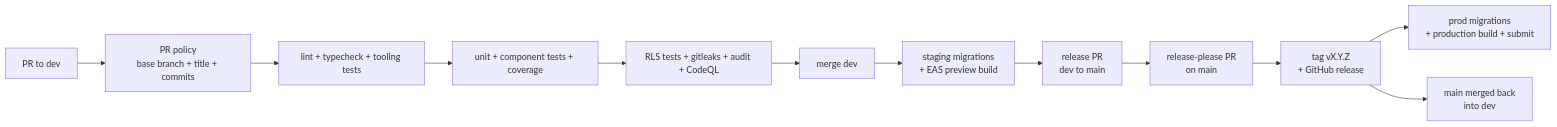
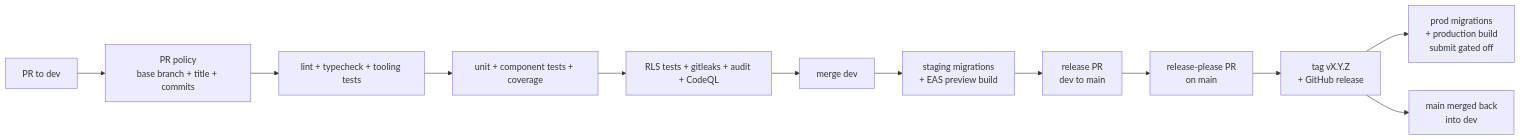
The second of 2 diagrams in docs/ARCHITECTURE.md (Nidroz/Tsuzuki), drawn with Mermaid before and after one commit. The commit also changed other lines of this file and 4 other files, not shown here.

````diff
--- a/docs/ARCHITECTURE.md
+++ b/docs/ARCHITECTURE.md
@@ -461,14 +481,14 @@
 ```mermaid
 flowchart LR
     PR[PR to dev] --> P[PR policy<br/>base branch + title + commits]
     P --> Q[lint + typecheck + tooling tests]
     Q --> T[unit + component tests + coverage]
     T --> S[RLS tests + gitleaks + audit + CodeQL]
     S --> D[merge dev]
     D --> ST[staging migrations<br/>+ EAS preview build]
     ST --> R[release PR<br/>dev to main]
     R --> RP[release-please PR<br/>on main]
     RP --> TAG[tag vX.Y.Z<br/>+ GitHub release]
-    TAG --> PROD[prod migrations<br/>+ production build + submit]
+    TAG --> PROD[prod migrations<br/>+ production build<br/>submit gated off]
     TAG --> BM[main merged back<br/>into dev]
 ```
````
